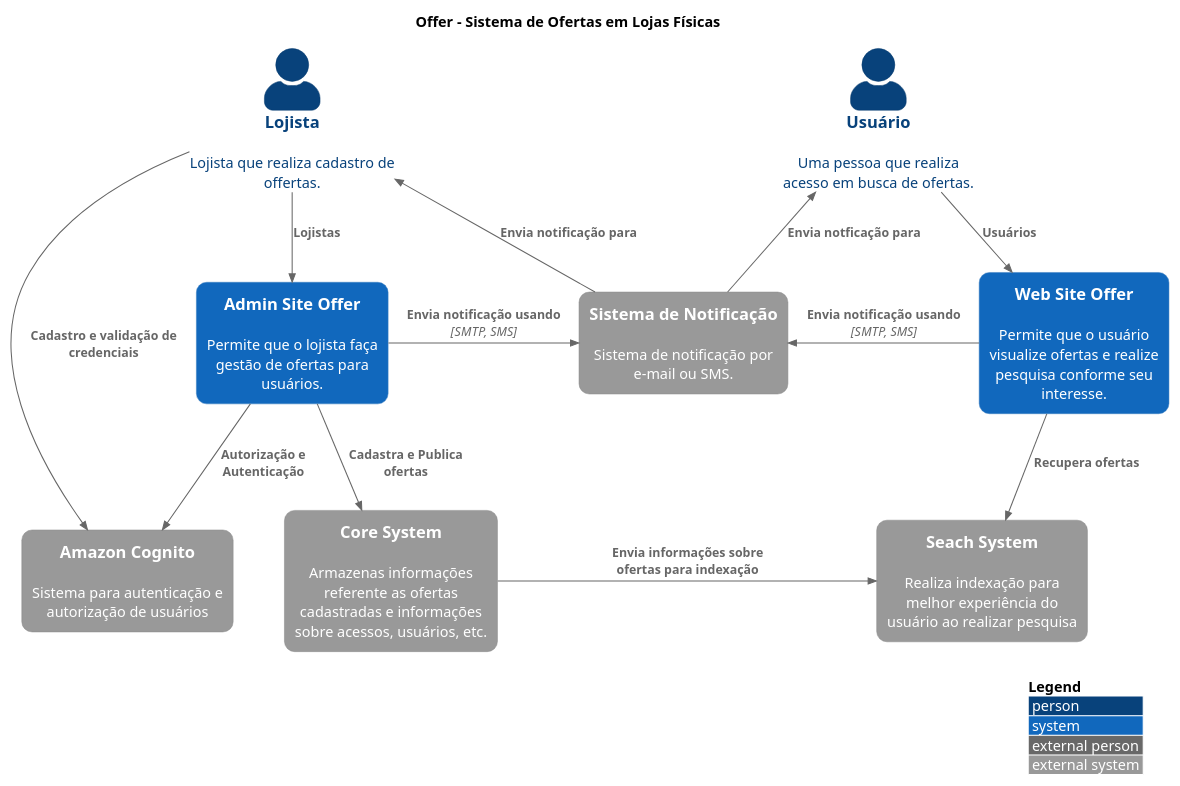
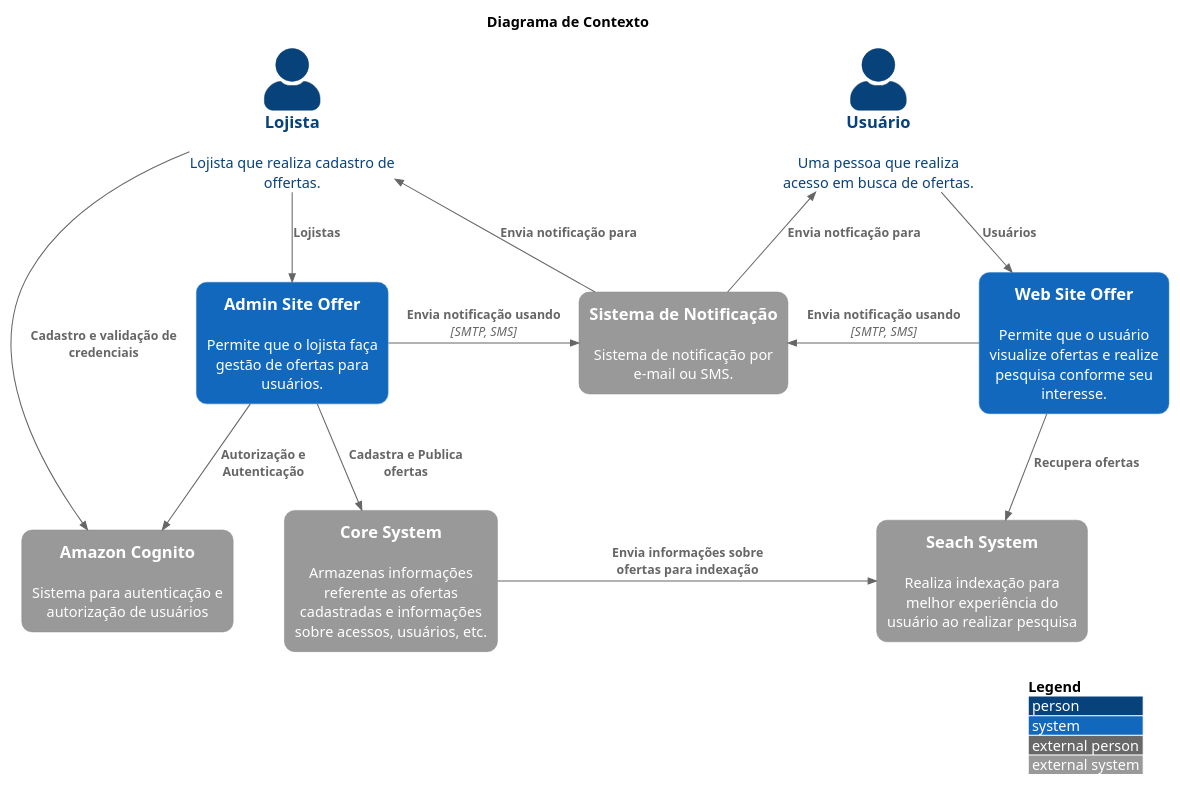
Before and after one commit to nelsonjunior/offer-documentacao: the diagram in diagrama-contexto.puml, drawn with PlantUML. The commit also changed 2 other files, not shown here.

Commit message:
Criação de diagrama de componentes e ajuste titulos

```diff
--- a/diagrama-contexto.puml
+++ b/diagrama-contexto.puml
@@ -1,42 +1,44 @@
 @startuml DiagramaContexto
 skinparam roundCorner 20
 !include https://raw.githubusercontent.com/plantuml-stdlib/C4-PlantUML/master/C4_Context.puml
 
 ' uncomment the following line and comment the first to use locally
 ' !include C4_Context.puml
 
 LAYOUT_WITH_LEGEND()
 SHOW_PERSON_PORTRAIT()
 
-title "Offer - Sistema de Ofertas em Lojas Físicas"
+'title "Offer - Sistema de Ofertas em Lojas Físicas"
+
+title "Diagrama de Contexto"
 
 Person(user, "Usuário", "Uma pessoa que realiza acesso em busca de ofertas.")
 Person(storeowner, "Lojista", "Lojista que realiza cadastro de offertas.")
 
 System(offer_system, "Web Site Offer", "Permite que o usuário visualize ofertas e realize pesquisa conforme seu interesse.")
 System(offer_admin_system, "Admin Site Offer", "Permite que o lojista faça gestão de ofertas para usuários.")
 
 System_Ext(mail_system, "Sistema de Notificação", "Sistema de notificação por e-mail ou SMS.")
 System_Ext(core_system, "Core System", "Armazenas informações referente as ofertas cadastradas e informações sobre acessos, usuários, etc.")
 System_Ext(search_system, "Seach System", "Realiza indexação para melhor experiência do usuário ao realizar pesquisa")
 System_Ext(cognito_system, "Amazon Cognito", "Sistema para autenticação e autorização de usuários")
 
 ' Relacionamentos Lojista
 Rel(storeowner, offer_admin_system, "Lojistas")
 Rel_R(offer_admin_system, mail_system, "Envia notificação usando", "SMTP, SMS")
 Rel_Back(storeowner, mail_system, "Envia notificação para")
 Rel(offer_admin_system, core_system, "Cadastra e Publica ofertas")
 
 ' Relacionamentos Usuários
 Rel_D(user, offer_system, "Usuários")
 Rel_L(offer_system, mail_system, "Envia notificação usando", "SMTP, SMS")
 Rel_Back(user, mail_system, "Envia notficação para")
 Rel(offer_system, search_system, "Recupera ofertas")
 
 ' Ligações do sistema
 Rel_Neighbor(core_system, search_system, "Envia informações sobre ofertas para indexação")
 
 Rel(storeowner, cognito_system, "Cadastro e validação de credenciais")
 Rel(offer_admin_system, cognito_system, "Autorização e Autenticação")
 
 @enduml
```
